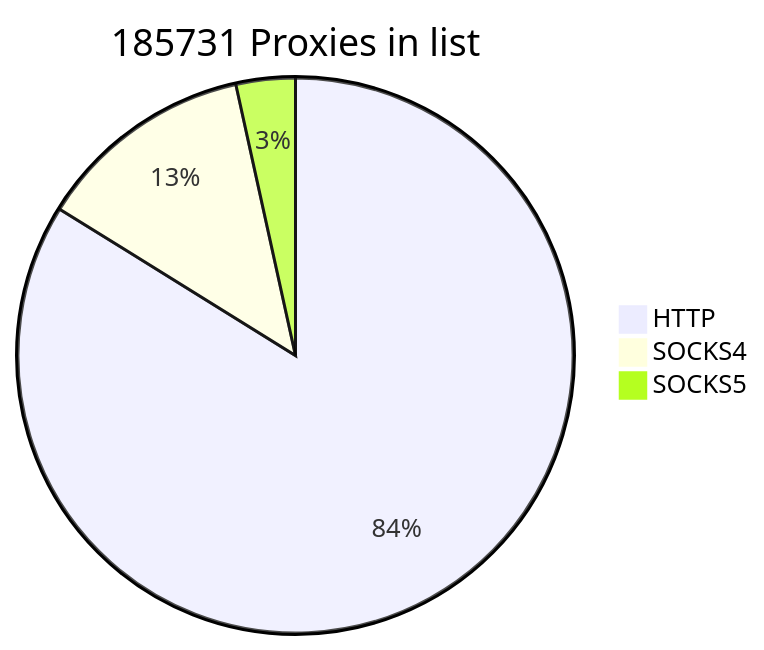
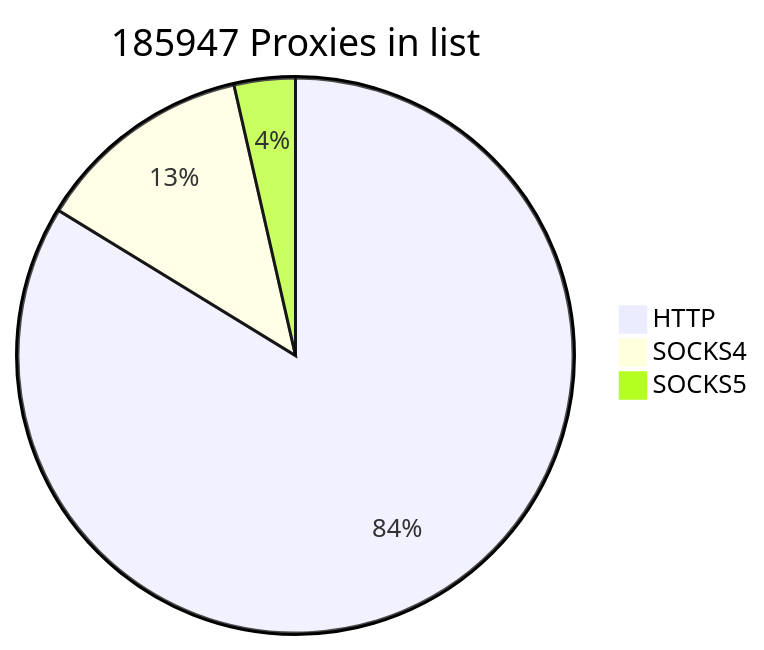
One commit to cutipu/proxylist changed the first of 2 diagrams in README.md. Above: the diagram before and after it, drawn with Mermaid. The commit also changed other lines of this file, not shown here.

````diff
--- a/README.md
+++ b/README.md
@@ -2,7 +2,7 @@
 ```mermaid
-pie title 185731 Proxies in list
+pie title 185947 Proxies in list
     "HTTP" : 155718
-    "SOCKS4" : 23609
-    "SOCKS5" : 6404
+    "SOCKS4" : 23607
+    "SOCKS5" : 6622
             
 ```
````
